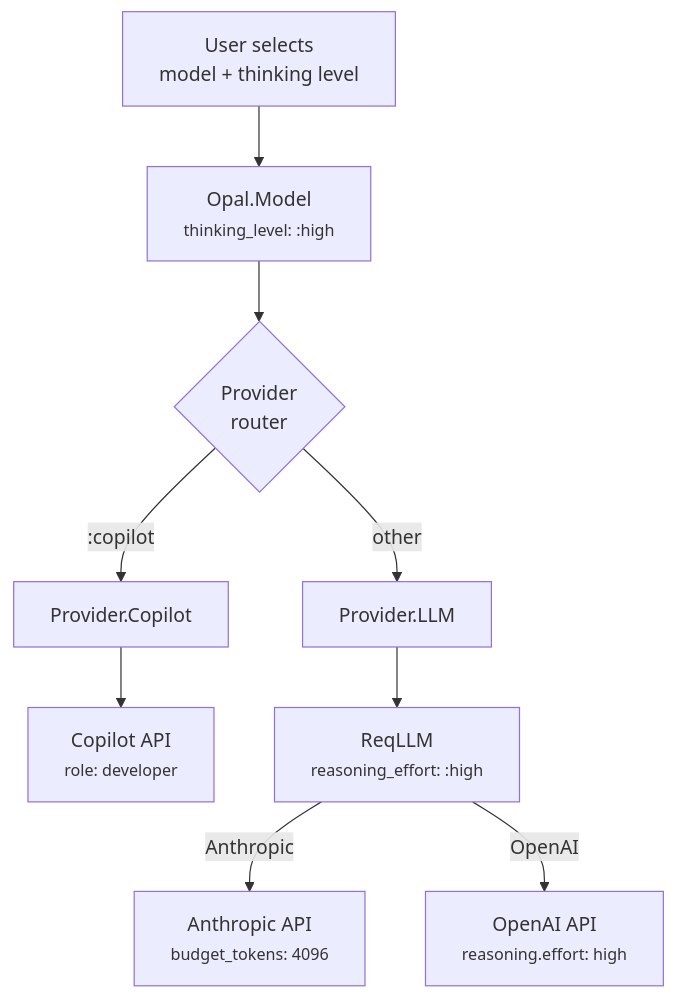
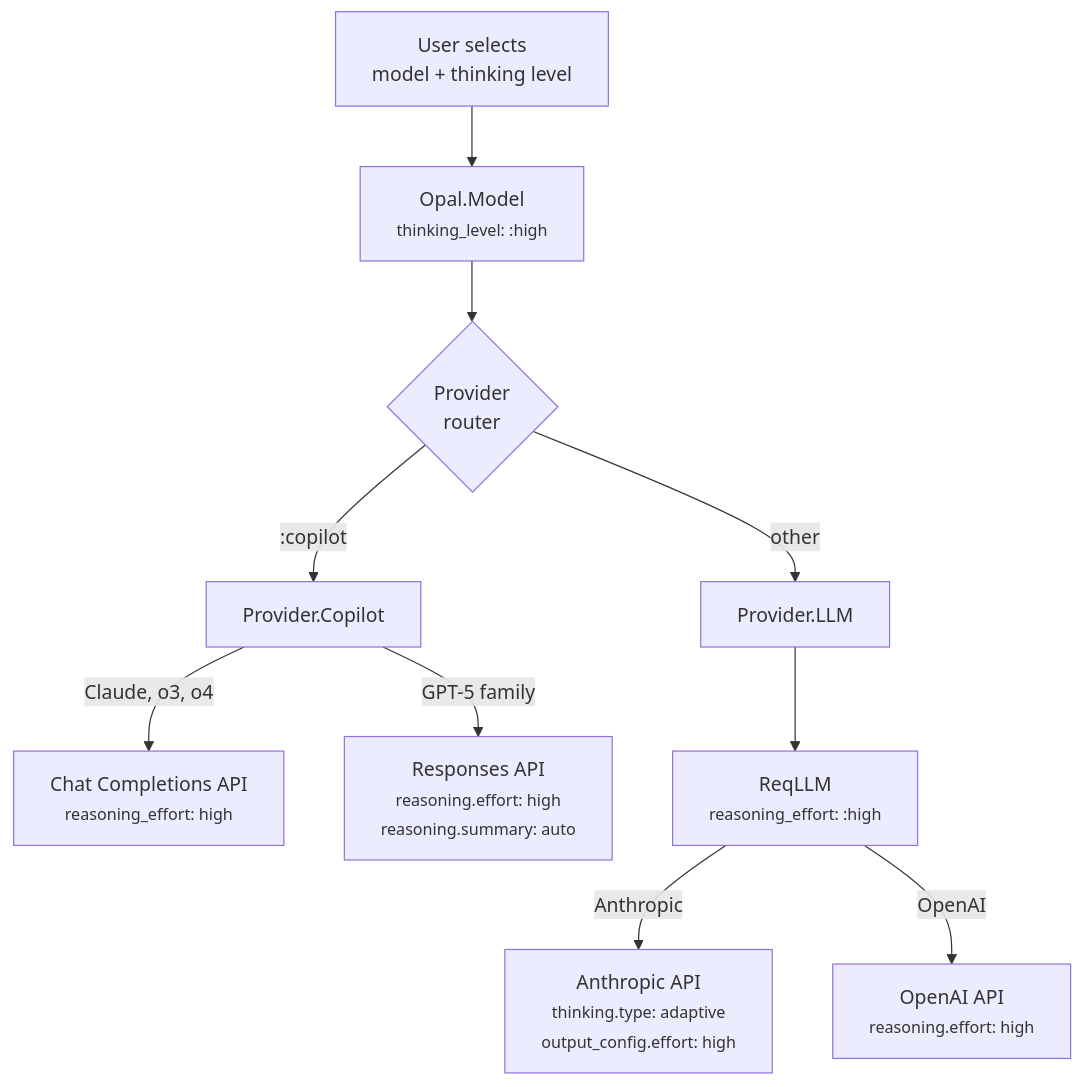
The first of 2 diagrams in docs/reasoning.md (matteing/opal), drawn with Mermaid before and after one commit. The commit also changed other lines of this file and 34 other files, not shown here.

Commit message:
feat: rewrite thinking effort, openai responses api, cli state reducer

````diff
--- a/docs/reasoning.md
+++ b/docs/reasoning.md
@@ -18,21 +19,23 @@
 ```mermaid
 graph TD
     User["User selects<br/>model + thinking level"]
     Model["Opal.Model<br/><small>thinking_level: :high</small>"]
     Router{"Provider<br/>router"}
     Copilot["Provider.Copilot"]
     LLM["Provider.LLM"]
-    CopilotAPI["Copilot API<br/><small>role: developer</small>"]
+    ChatAPI["Chat Completions API<br/><small>reasoning_effort: high</small>"]
+    RespAPI["Responses API<br/><small>reasoning.effort: high<br/>reasoning.summary: auto</small>"]
     ReqLLM["ReqLLM<br/><small>reasoning_effort: :high</small>"]
-    Anthropic["Anthropic API<br/><small>budget_tokens: 4096</small>"]
+    Anthropic["Anthropic API<br/><small>thinking.type: adaptive<br/>output_config.effort: high</small>"]
     OpenAI["OpenAI API<br/><small>reasoning.effort: high</small>"]
 
     User --> Model
     Model --> Router
     Router -->|":copilot"| Copilot
     Router -->|"other"| LLM
-    Copilot --> CopilotAPI
+    Copilot -->|"Claude, o3, o4"| ChatAPI
+    Copilot -->|"GPT-5 family"| RespAPI
     LLM --> ReqLLM
     ReqLLM -->|Anthropic| Anthropic
     ReqLLM -->|OpenAI| OpenAI
 ```
````
